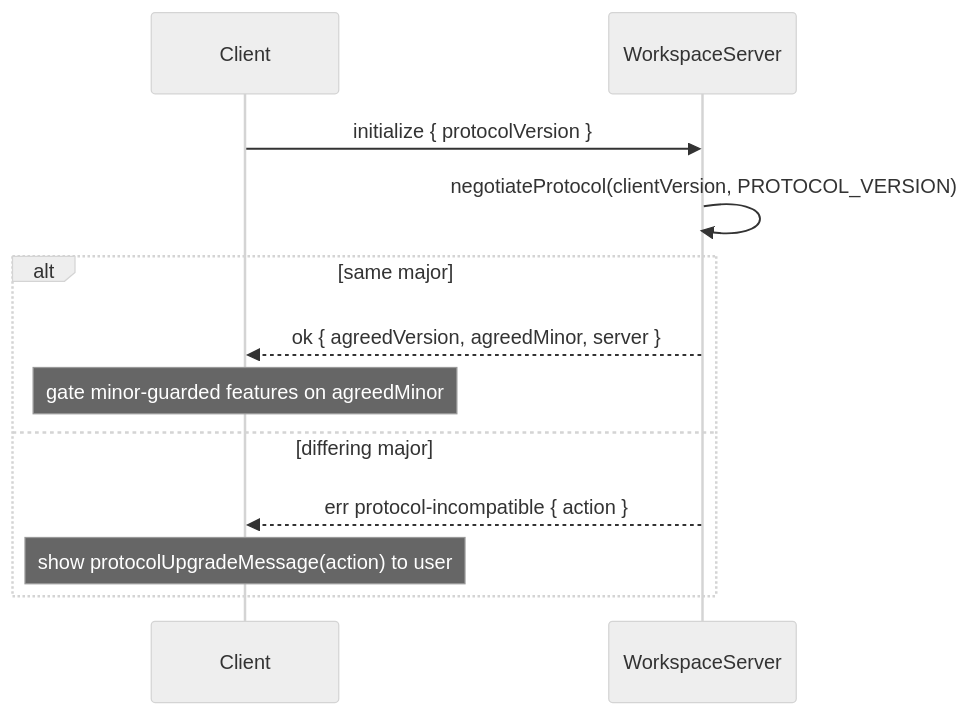
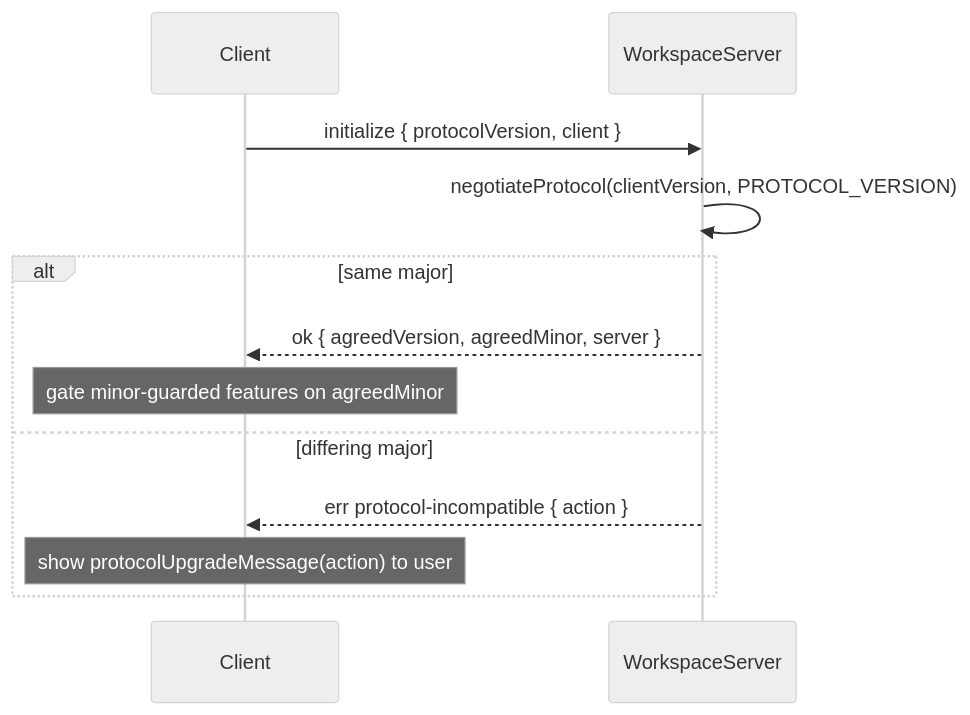
Before and after one commit to generalaction/emdash: the diagram in agents/architecture/workspace-server.md, drawn with Mermaid (neutral theme). The commit also changed other lines of this file and 43 other files, not shown here.

````diff
--- a/agents/architecture/workspace-server.md
+++ b/agents/architecture/workspace-server.md
@@ -164,14 +168,14 @@
 ```mermaid
 sequenceDiagram
   participant C as Client
   participant S as WorkspaceServer
-  C->>S: initialize { protocolVersion }
+  C->>S: initialize { protocolVersion, client }
   S->>S: negotiateProtocol(clientVersion, PROTOCOL_VERSION)
   alt same major
     S-->>C: ok { agreedVersion, agreedMinor, server }
     Note over C: gate minor-guarded features on agreedMinor
   else differing major
     S-->>C: err protocol-incompatible { action }
     Note over C: show protocolUpgradeMessage(action) to user
   end
 ```
````
